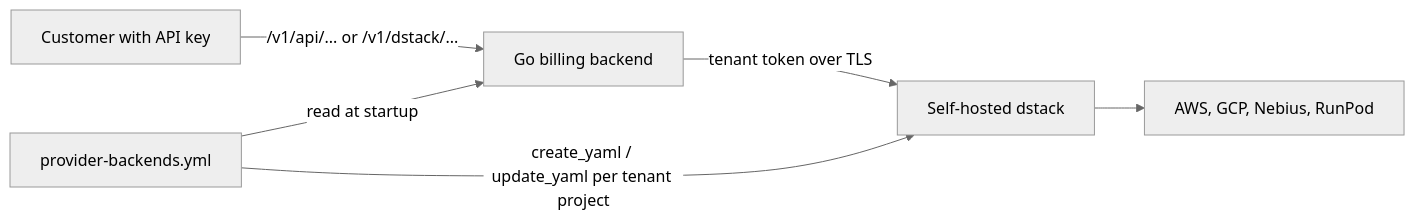
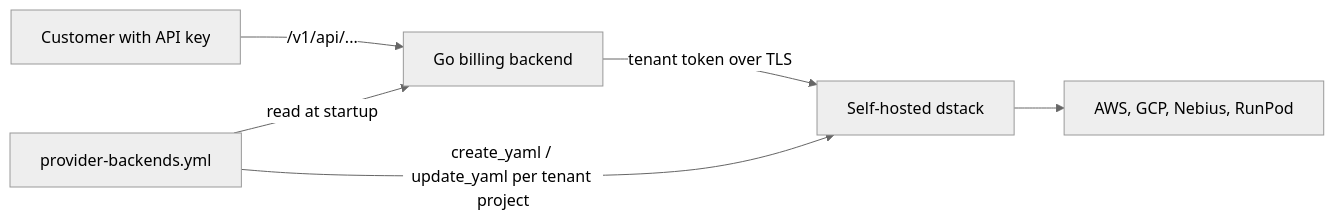
Before and after one commit to iqbalai55/1engine: the diagram in docs/dstack-tutorial.md, drawn with Mermaid (neutral theme). The commit also changed other lines of this file and 4 other files, not shown here.

First line of the commit message:
refactor(api)!: expose one customer prefix and neutral field names

````diff
--- a/docs/dstack-tutorial.md
+++ b/docs/dstack-tutorial.md
@@ -10,8 +10,8 @@
 ```mermaid
 flowchart LR
-  C[Customer with API key] -->|/v1/api/... or /v1/dstack/...| B[Go billing backend]
+  C[Customer with API key] -->|/v1/api/...| B[Go billing backend]
   B -->|tenant token over TLS| D[Self-hosted dstack]
   D --> P[AWS, GCP, Nebius, RunPod]
   F[provider-backends.yml] -->|read at startup| B
   F -->|create_yaml / update_yaml per tenant project| D
 ```
````
